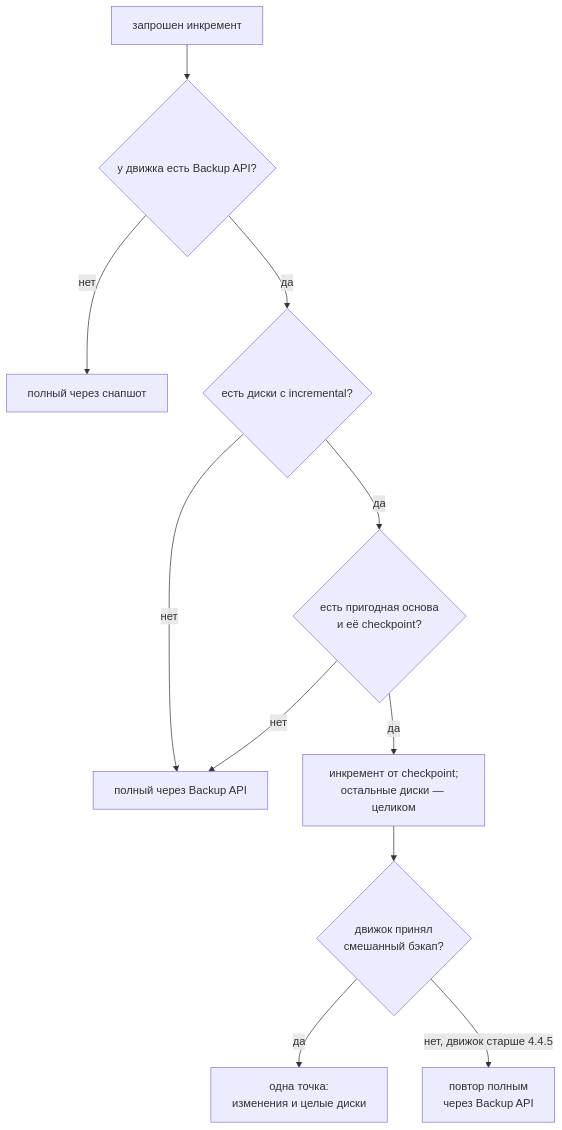
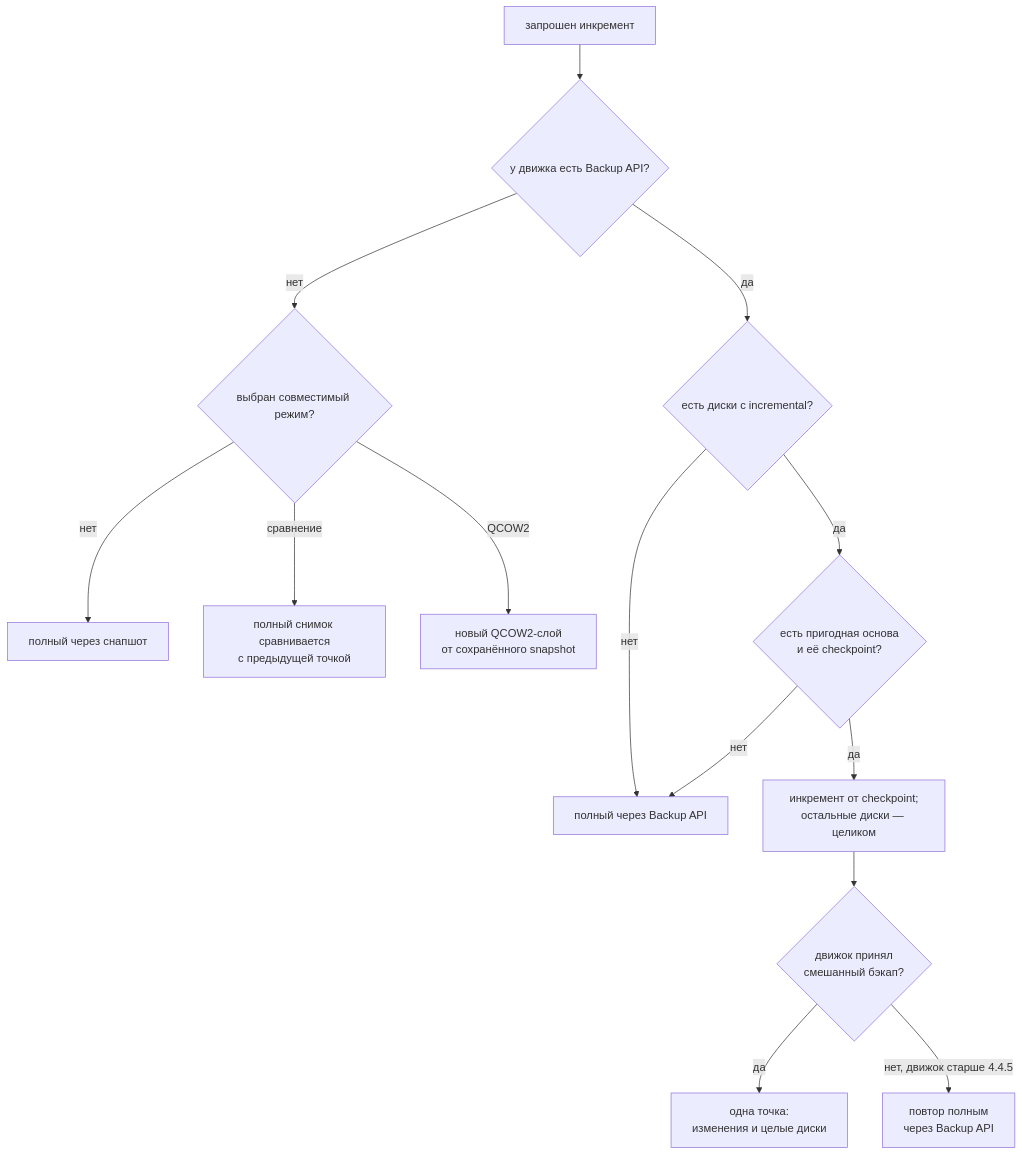
The fourth of 12 diagrams in docs/HOT-BACKUP.md (Variel42k/ovirt-backup), drawn with Mermaid before and after one commit. The commit also changed other lines of this file and 56 other files, not shown here.

````diff
--- a/docs/HOT-BACKUP.md
+++ b/docs/HOT-BACKUP.md
@@ -140,13 +141,16 @@
 ```mermaid
 flowchart TD
     R["запрошен инкремент"] --> A{"у движка есть Backup API?"}
-    A -->|нет| S["полный через снапшот"]
+    A -->|нет| L{"выбран совместимый режим?"}
+    L -->|нет| S["полный через снапшот"]
+    L -->|сравнение| C["полный снимок сравнивается<br/>с предыдущей точкой"]
+    L -->|QCOW2| Q["новый QCOW2-слой<br/>от сохранённого snapshot"]
     A -->|да| B{"есть диски с incremental?"}
     B -->|нет| F["полный через Backup API"]
     B -->|да| P{"есть пригодная основа<br/>и её checkpoint?"}
     P -->|нет| F
     P -->|да| M["инкремент от checkpoint;<br/>остальные диски — целиком"]
     M --> E{"движок принял<br/>смешанный бэкап?"}
     E -->|да| OK["одна точка:<br/>изменения и целые диски"]
     E -->|"нет, движок старше 4.4.5"| F2["повтор полным<br/>через Backup API"]
 ```
````
